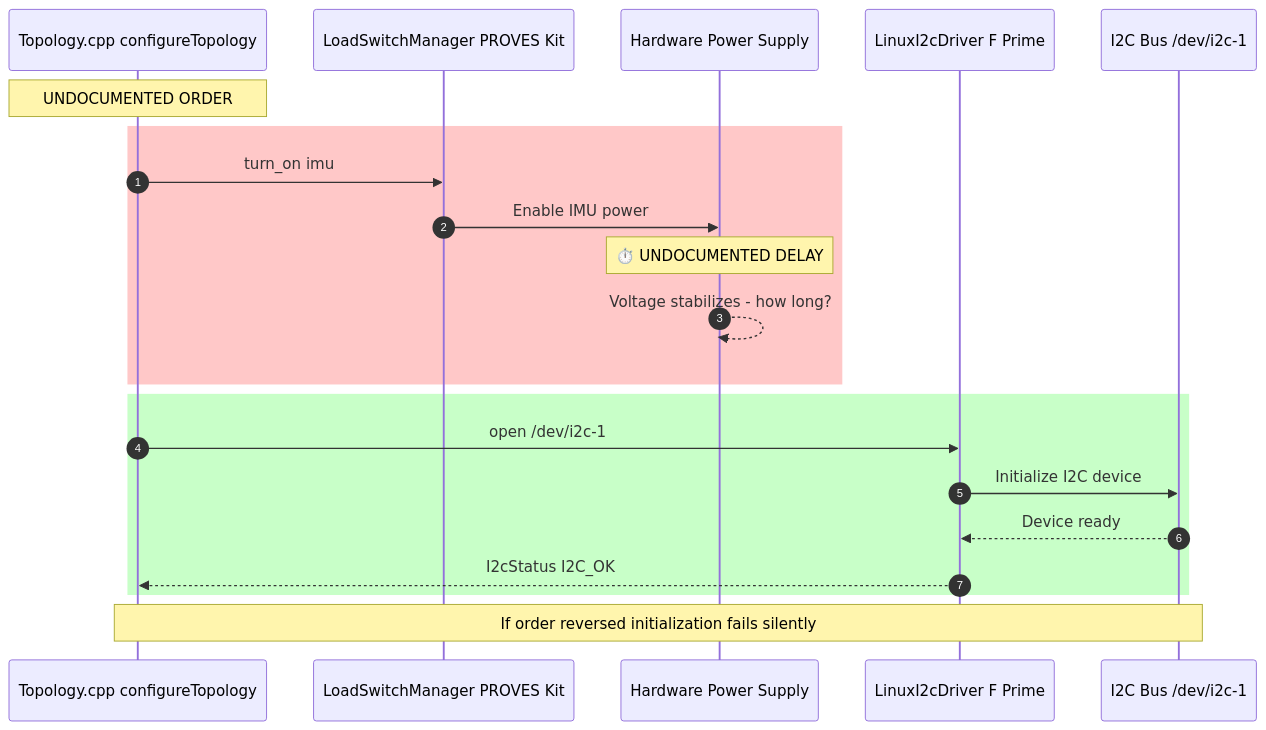
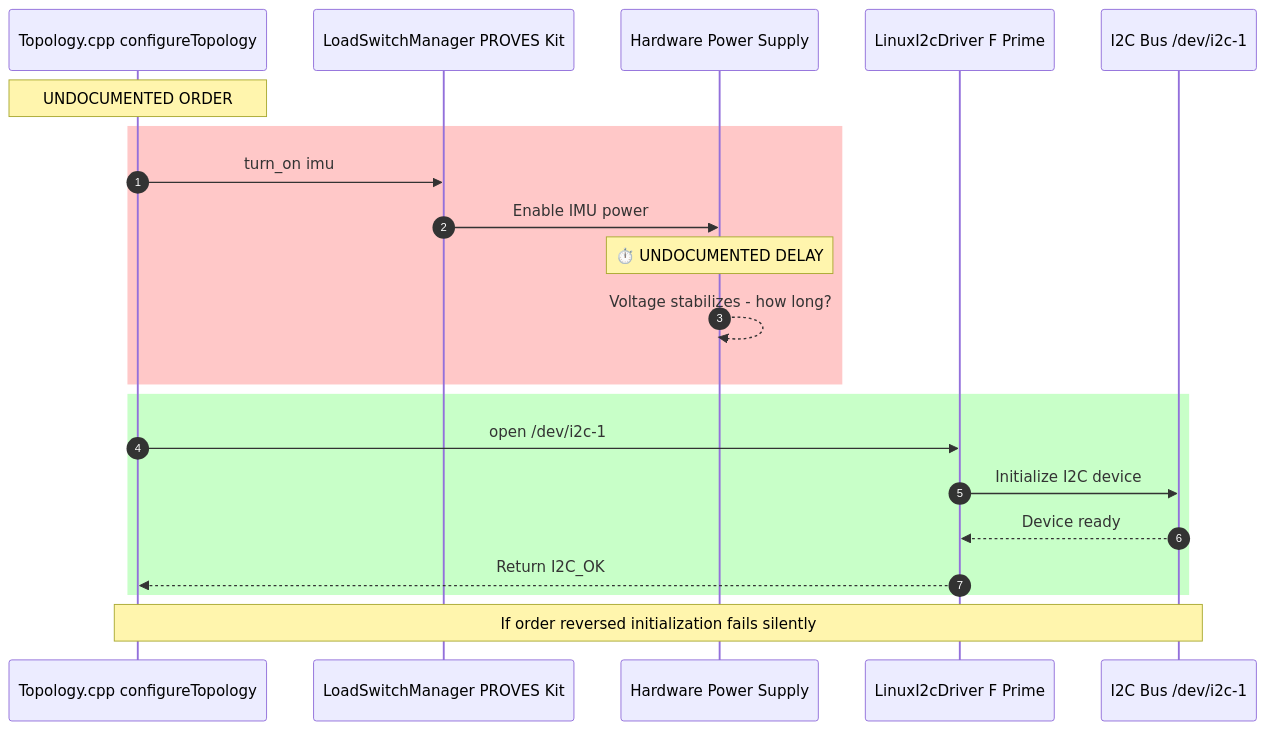
The second of 6 diagrams in docs/diagrams/cross-system.md (phantom-man/PROVES_LIBRARY), drawn with Mermaid before and after one commit. The commit also changed 1 other file, not shown here.

Commit message:
Fix remaining I2cStatus references in mermaid diagrams

````diff
--- a/docs/diagrams/cross-system.md
+++ b/docs/diagrams/cross-system.md
@@ -140,27 +140,27 @@
 ```mermaid
 sequenceDiagram
     autonumber
     participant Topology as Topology.cpp configureTopology
     participant LSM as LoadSwitchManager PROVES Kit
     participant Power as Hardware Power Supply
     participant BusDrv as LinuxI2cDriver F Prime
     participant I2C as I2C Bus /dev/i2c-1
 
     Note over Topology: UNDOCUMENTED ORDER
 
     rect rgb(255, 200, 200)
         Topology->>LSM: turn_on imu
         LSM->>Power: Enable IMU power
         Note over Power: ⏱️ UNDOCUMENTED DELAY
         Power-->>Power: Voltage stabilizes - how long?
     end
 
     rect rgb(200, 255, 200)
         Topology->>BusDrv: open /dev/i2c-1
         BusDrv->>I2C: Initialize I2C device
         I2C-->>BusDrv: Device ready
-        BusDrv-->>Topology: I2cStatus I2C_OK
+        BusDrv-->>Topology: Return I2C_OK
     end
 
     Note over Topology,I2C: If order reversed initialization fails silently
 ```
````
